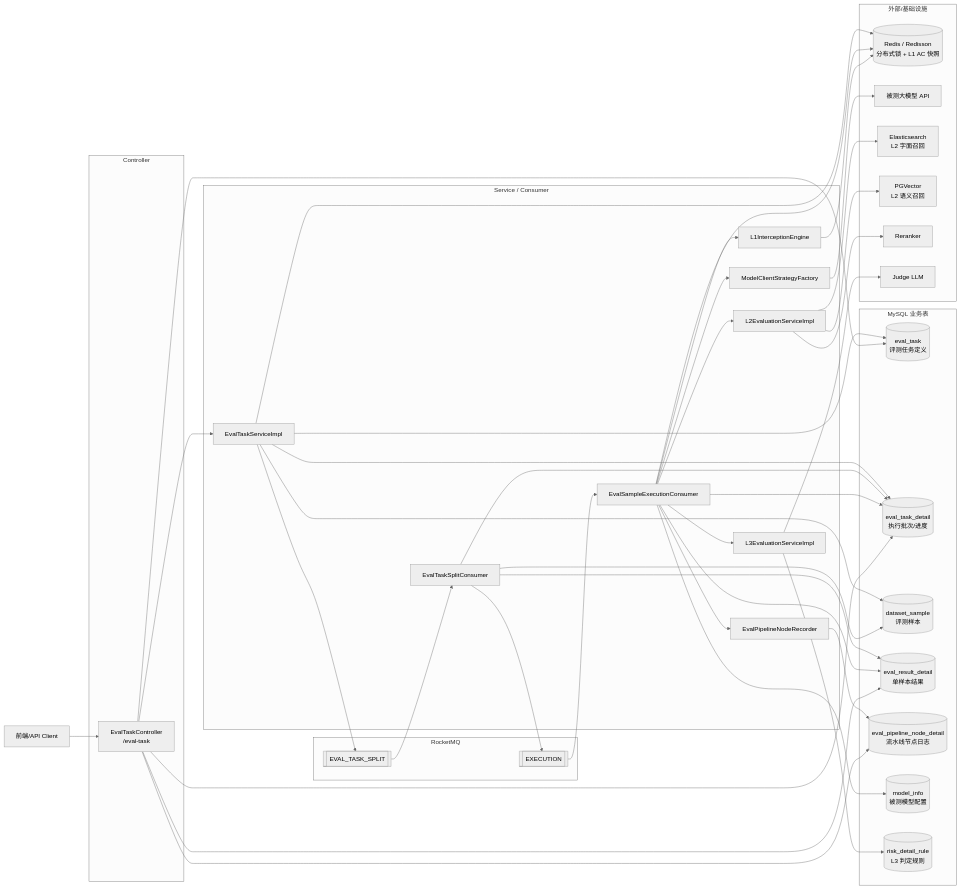
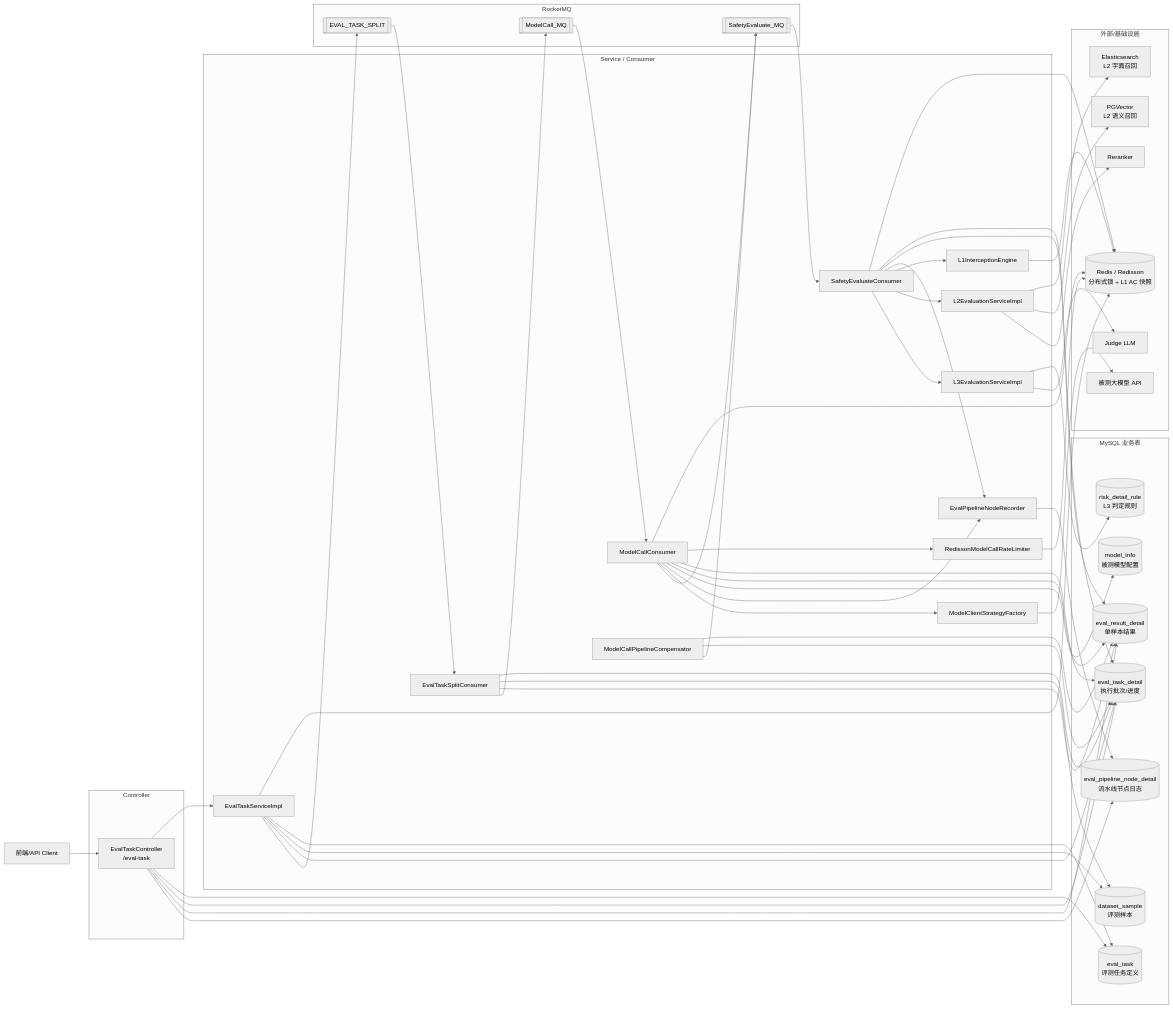
Before and after one commit to k960128/aigc-evaluate: the fourth of 4 diagrams in doc/产品设计摘要/评测任务业务完整流程图.md, drawn with Mermaid (neutral theme). The commit also changed other lines of this file and 1 other file, not shown here.

```diff
--- a/doc/产品设计摘要/评测任务业务完整流程图.md
+++ b/doc/产品设计摘要/评测任务业务完整流程图.md
@@ -200,17 +227,21 @@
     subgraph ServiceLayer["Service / Consumer"]
         EvalTaskService["EvalTaskServiceImpl"]
         SplitConsumer["EvalTaskSplitConsumer"]
-        ExecutionConsumer["EvalSampleExecutionConsumer"]
+        ModelCallConsumer["ModelCallConsumer"]
+        SafetyConsumer["SafetyEvaluateConsumer"]
+        Compensator["ModelCallPipelineCompensator"]
         NodeRecorder["EvalPipelineNodeRecorder"]
         L1Engine["L1InterceptionEngine"]
         L2Service["L2EvaluationServiceImpl"]
         L3Service["L3EvaluationServiceImpl"]
         ModelFactory["ModelClientStrategyFactory"]
+        RateLimiter["RedissonModelCallRateLimiter"]
     end
 
     subgraph MQ["RocketMQ"]
         SplitTopic[["EVAL_TASK_SPLIT"]]
-        ExecutionTopic[["EXECUTION"]]
+        ModelCallTopic[["ModelCall_MQ"]]
+        SafetyTopic[["SafetyEvaluate_MQ"]]
     end
 
     subgraph DB["MySQL 业务表"]
@@ -245,30 +276,42 @@
     SplitConsumer --> EvalTaskDetail
     SplitConsumer --> DataSetSample
     SplitConsumer --> EvalResultDetail
-    SplitConsumer --> ExecutionTopic
+    SplitConsumer --> ModelCallTopic
 
-    ExecutionTopic --> ExecutionConsumer
-    ExecutionConsumer --> Redis
-    ExecutionConsumer --> EvalTaskDetail
-    ExecutionConsumer --> EvalResultDetail
-    ExecutionConsumer --> ModelInfo
-    ExecutionConsumer --> NodeRecorder
+    ModelCallTopic --> ModelCallConsumer
+    ModelCallConsumer --> Redis
+    ModelCallConsumer --> RateLimiter
+    RateLimiter --> Redis
+    ModelCallConsumer --> EvalTaskDetail
+    ModelCallConsumer --> EvalResultDetail
+    ModelCallConsumer --> ModelInfo
+    ModelCallConsumer --> NodeRecorder
     NodeRecorder --> PipelineNode
 
-    ExecutionConsumer --> ModelFactory
+    ModelCallConsumer --> ModelFactory
     ModelFactory --> TargetModel
+    ModelCallConsumer --> SafetyTopic
 
-    ExecutionConsumer --> L1Engine
+    SafetyTopic --> SafetyConsumer
+    SafetyConsumer --> Redis
+    SafetyConsumer --> EvalTaskDetail
+    SafetyConsumer --> EvalResultDetail
+    SafetyConsumer --> NodeRecorder
+    SafetyConsumer --> L1Engine
     L1Engine --> Redis
 
-    ExecutionConsumer --> L2Service
+    SafetyConsumer --> L2Service
     L2Service --> ES
     L2Service --> PGVector
     L2Service --> Reranker
 
-    ExecutionConsumer --> L3Service
+    SafetyConsumer --> L3Service
     L3Service --> RiskRule
     L3Service --> JudgeModel
+
+    Compensator --> EvalResultDetail
+    Compensator --> EvalTaskDetail
+    Compensator --> SafetyTopic
 
     EvalTaskController --> EvalTask
     EvalTaskController --> EvalTaskDetail
```
